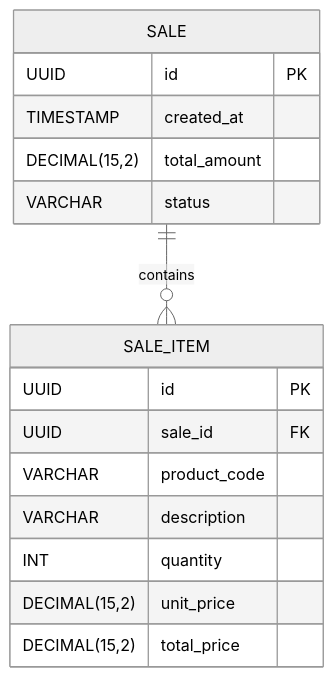
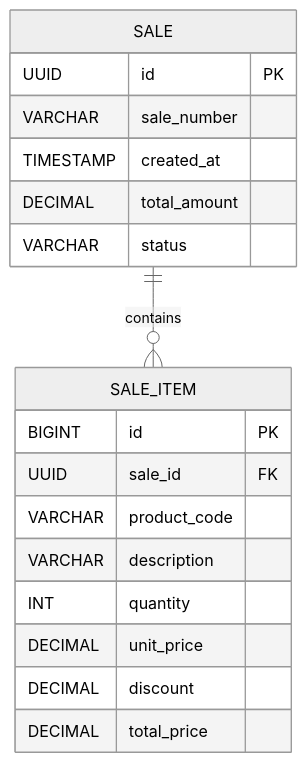
The diagram in docs/diagrams/er-model.md (thxago/123vendas), drawn with Mermaid (neutral theme) before and after one commit. The commit also changed 8 other files, not shown here.

Commit message:
Update diagrams: refine context and deployment diagrams, enhance ER model, and add sequence diagrams for sale operations

````diff
--- a/docs/diagrams/er-model.md
+++ b/docs/diagrams/er-model.md
@@ -3,19 +3,21 @@
 ```mermaid
 erDiagram
     SALE ||--o{ SALE_ITEM : contains
     SALE {
         UUID id PK
+        VARCHAR sale_number
         TIMESTAMP created_at
-        DECIMAL(15,2) total_amount
+        DECIMAL total_amount
         VARCHAR status
     }
     SALE_ITEM {
-        UUID id PK
+        BIGINT id PK
         UUID sale_id FK
         VARCHAR product_code
         VARCHAR description
         INT quantity
-        DECIMAL(15,2) unit_price
-        DECIMAL(15,2) total_price
+        DECIMAL unit_price
+        DECIMAL discount
+        DECIMAL total_price
     }
 ```
````
